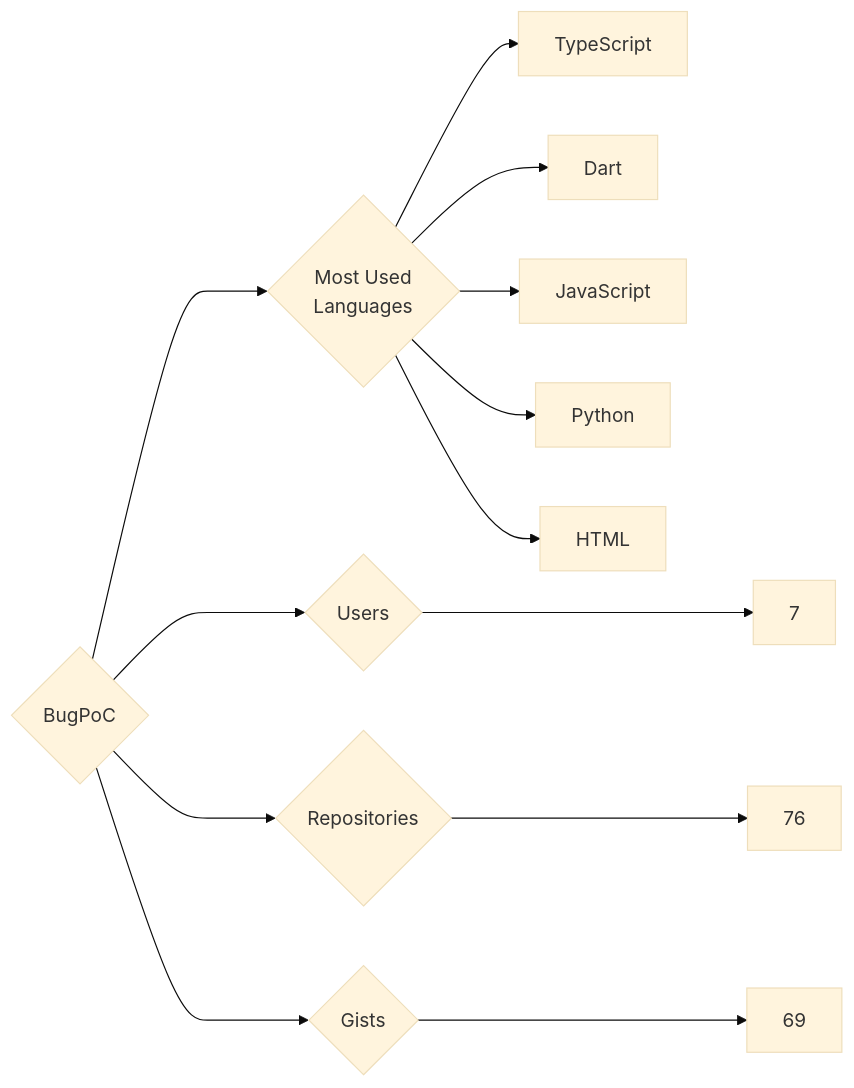
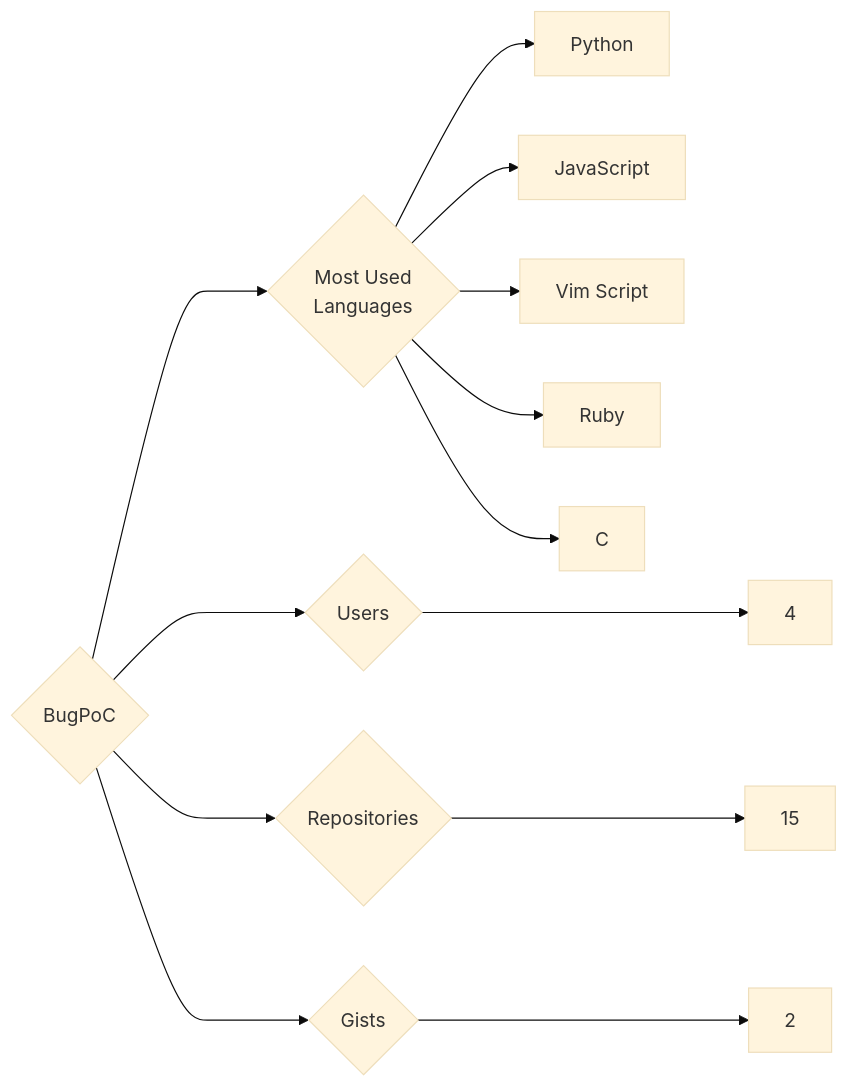
Before and after one commit to trickest/insiders: the diagram in targets/BugPoC/README.md, drawn with Mermaid (base theme). The commit also changed 1195 other files, not shown here.

````diff
--- a/targets/BugPoC/README.md
+++ b/targets/BugPoC/README.md
@@ -3,13 +3,13 @@
 ```mermaid
 graph LR
 COMPANY_NAME{BugPoC}
-COMPANY_NAME ---> U{Users} ---> UN[7]
-COMPANY_NAME ---> R{Repositories} ---> RN[76]
-COMPANY_NAME ---> G{Gists} ---> GN[69]
+COMPANY_NAME ---> U{Users} ---> UN[4]
+COMPANY_NAME ---> R{Repositories} ---> RN[15]
+COMPANY_NAME ---> G{Gists} ---> GN[2]
 COMPANY_NAME ---> ML{Most Used<br>Languages}
-ML --> TypeScript[TypeScript]
-ML --> Dart[Dart]
+ML --> Python[Python]
 ML --> JavaScript[JavaScript]
-ML --> Python[Python]
-ML --> HTML[HTML]
+ML --> Vim_Script[Vim Script]
+ML --> Ruby[Ruby]
+ML --> C[C]
 ```
````
